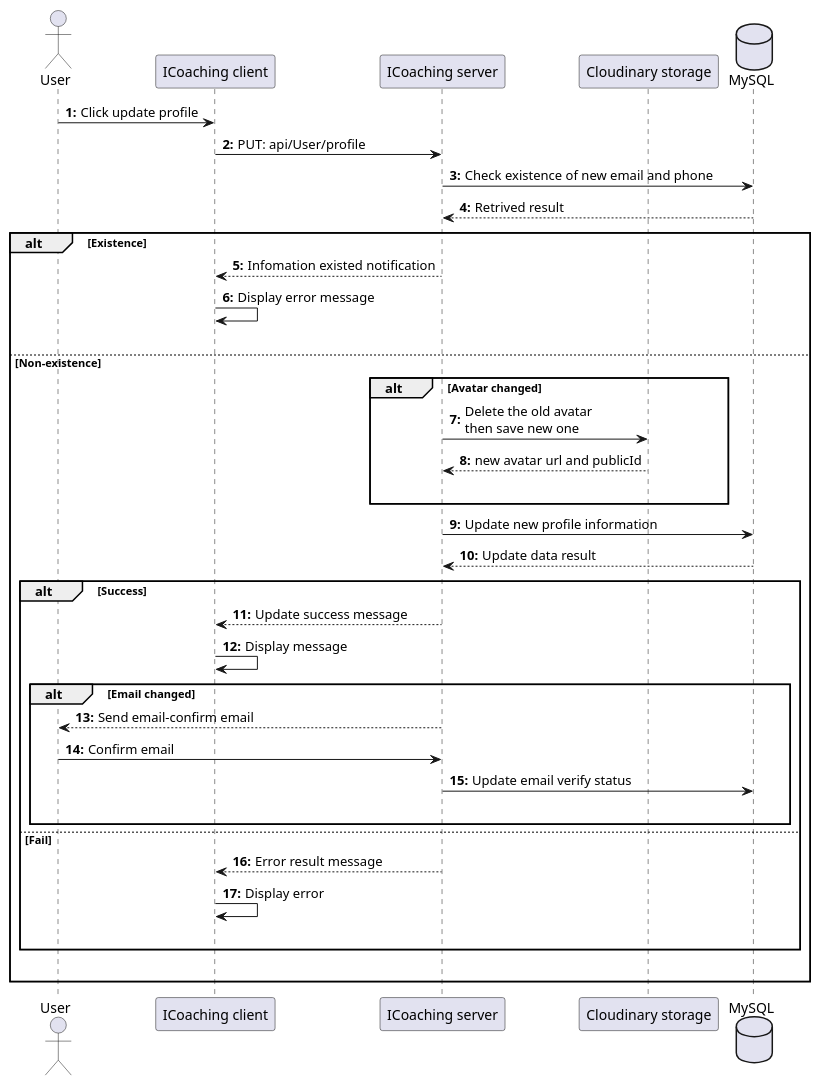
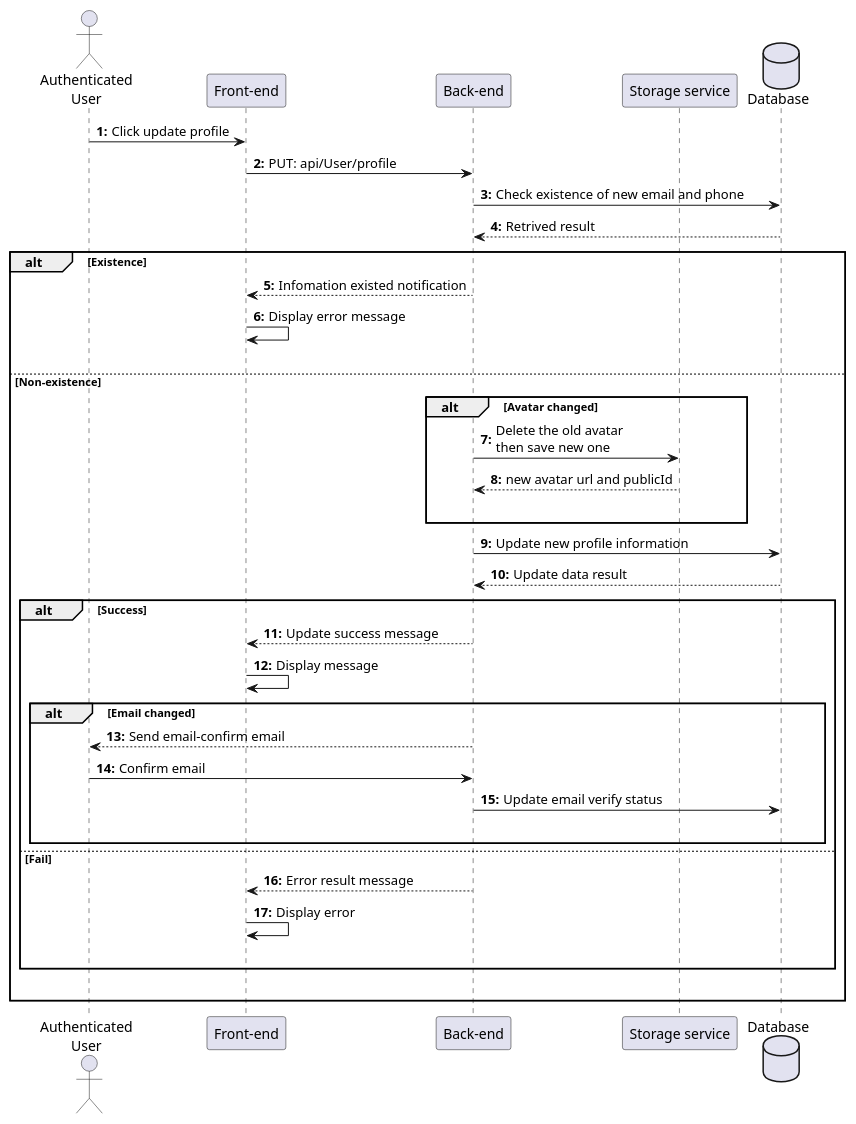
One commit to HTPhong-276/iCoaching-Diagrams changed the diagram in Sequences_diagrams/UpdateProfile.pu. Above: the diagram before and after it, drawn with PlantUML. The commit also changed 25 other files, not shown here.

```diff
--- a/Sequences_diagrams/UpdateProfile.pu
+++ b/Sequences_diagrams/UpdateProfile.pu
@@ -1,49 +1,49 @@
 @startuml UpdateProfile
-actor User as user
-participant "ICoaching client" as client
-participant "ICoaching server" as server 
-participant "Cloudinary storage" as imgCloud
-database "MySQL" as db
+actor "Authenticated\nUser" as user
+participant "Front-end" as client
+participant "Back-end" as server 
+participant "Storage service" as imgCloud
+database "Database" as db
 
 autonumber "<b>0:"
 
 user -> client : Click update profile
 client -> server : PUT: api/User/profile
 server -> db : Check existence of new email and phone
 db --> server : Retrived result
 
 alt Existence
     server --> client : Infomation existed notification
     client -> client : Display error message 
     |||
 else Non-existence
 
     alt Avatar changed
         server -> imgCloud : Delete the old avatar\nthen save new one
         imgCloud --> server : new avatar url and publicId
         |||
     end
 
     server -> db : Update new profile information
     db --> server : Update data result
 
     alt Success
         server --> client : Update success message
         client -> client : Display message
 
         alt Email changed
             server --> user : Send email-confirm email
             user -> server : Confirm email
             server -> db : Update email verify status
             |||
         end
 
     else Fail
         server --> client : Error result message
         client -> client : Display error
         |||
     end
 
     |||
 end 
 @enduml
```
